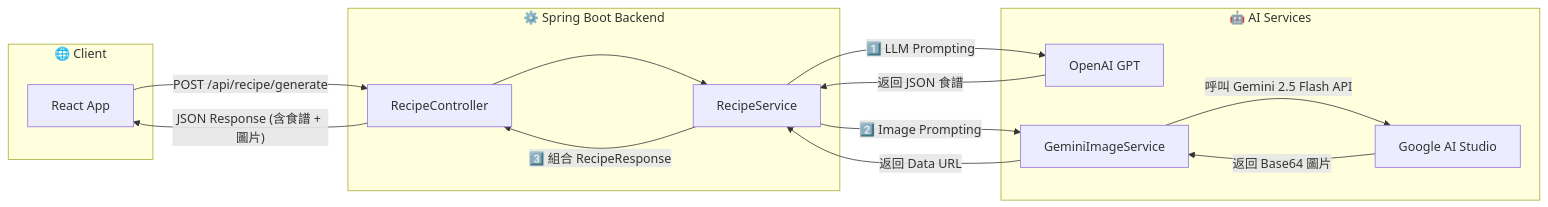
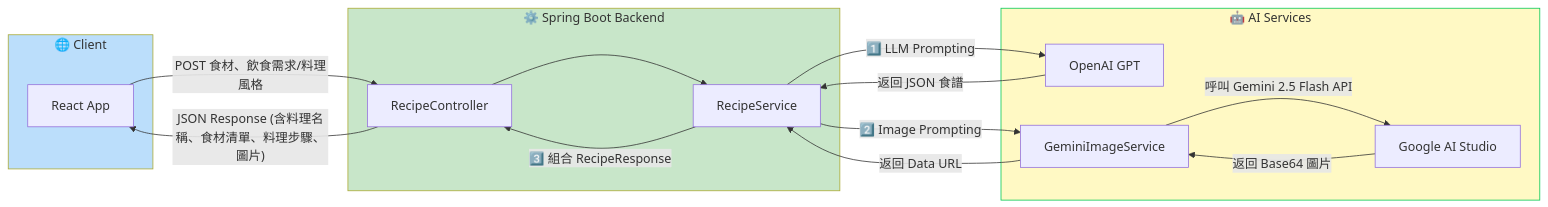
Before and after one commit to nckusaniel/Smart_Chef_AI: the diagram in README.md, drawn with Mermaid.

Commit message:
README.md
add flow chart

````diff
--- a/README.md
+++ b/README.md
@@ -23,35 +25,30 @@
 ```mermaid
 flowchart LR
-    subgraph Client["🌐 Client"]
-        A[React App]
-    end
+ subgraph Client["🌐 Client"]
+        A["React App"]
+  end
+ subgraph Backend["⚙️ Spring Boot Backend"]
+        B["RecipeController"]
+        C["RecipeService"]
+  end
+ subgraph AI["🤖 AI Services"]
+        D["OpenAI GPT"]
+        E["GeminiImageService"]
+        F["Google AI Studio"]
+  end
+    A -- POST 食材、飲食需求/料理風格 --> B
+    B --> C
+    C -- 1️⃣ LLM Prompting --> D
+    D -- 返回 JSON 食譜 --> C
+    C -- 2️⃣ Image Prompting --> E
+    E -- "呼叫 Gemini 2.5 Flash API" --> F
+    F -- 返回 Base64 圖片 --> E
+    E -- 返回 Data URL --> C
+    C -- 3️⃣ 組合 RecipeResponse --> B
+    B -- JSON Response (含料理名稱、食材清單、料理步驟、圖片) --> A
 
-    subgraph Backend["⚙️ Spring Boot Backend"]
-        B[RecipeController]
-        C[RecipeService]
-    end
-
-    subgraph AI["🤖 AI Services"]
-        D[OpenAI GPT]
-        E[GeminiImageService]
-        F[Google AI Studio]
-    end
-
-    A -->|"POST /api/recipe/generate"| B
-    B --> C
-
-    %% LLM Prompting
-    C -->|"1️⃣ LLM Prompting"| D
-    D -->|"返回 JSON 食譜"| C
-
-    %% Image Prompting
-    C -->|"2️⃣ Image Prompting"| E
-    E -->|"呼叫 Gemini 2.5 Flash API"| F
-    F -->|"返回 Base64 圖片"| E
-    E -->|"返回 Data URL"| C
-
-    %% Response
-    C -->|"3️⃣ 組合 RecipeResponse"| B
-    B -->|"JSON Response (含食譜 + 圖片)"| A
+    style AI stroke:#00C853,fill:#FFF9C4
+    style Backend fill:#C8E6C9
+    style Client fill:#BBDEFB
 
 ```
````
